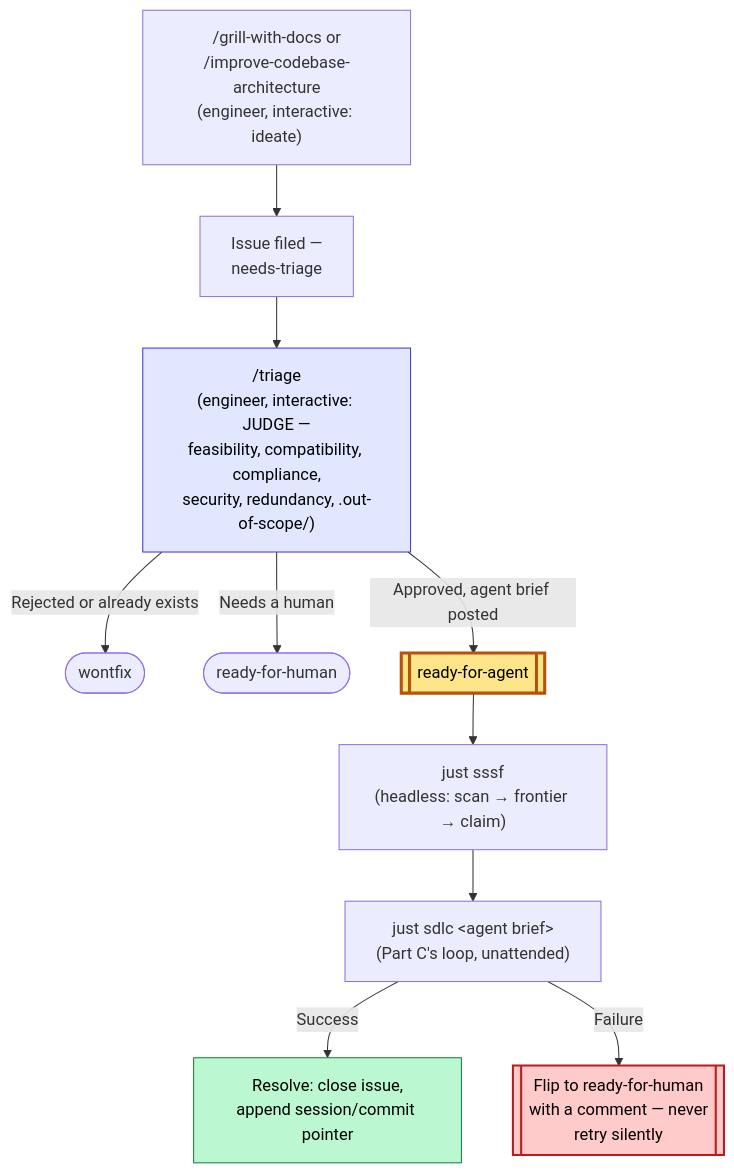
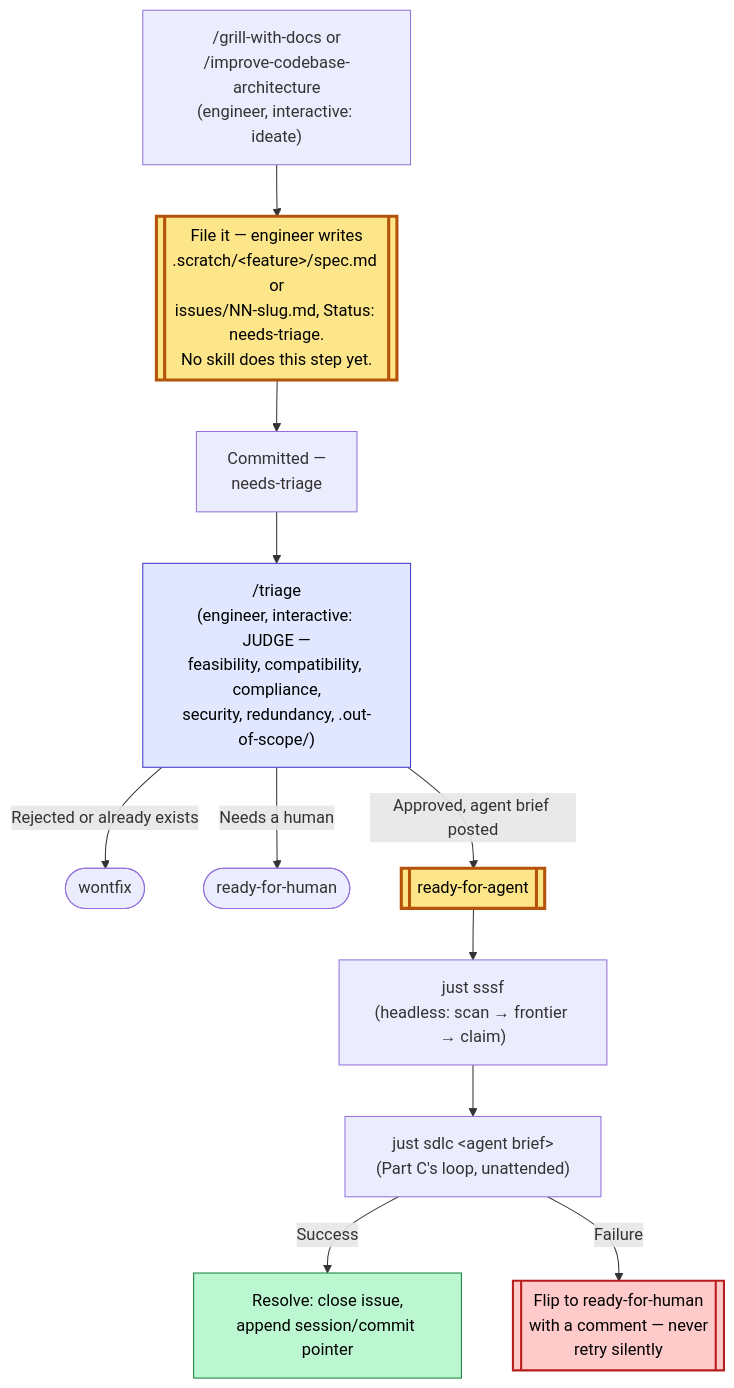
The seventh of 7 diagrams in docs/playbook-adopting-sssf.md (joystick/super-simple-software-factory), drawn with Mermaid before and after one commit. The commit also changed other lines of this file and 1 other file, not shown here.

First line of the commit message:
Name Part D's filing step: no skill writes the issue file yet

````diff
--- a/docs/playbook-adopting-sssf.md
+++ b/docs/playbook-adopting-sssf.md
@@ -563,17 +563,19 @@
 ```mermaid
 flowchart TD
-    Idea["/grill-with-docs or<br/>/improve-codebase-architecture<br/>(engineer, interactive: ideate)"] --> Filed[Issue filed —<br/>needs-triage]
+    Idea["/grill-with-docs or<br/>/improve-codebase-architecture<br/>(engineer, interactive: ideate)"] --> File[["File it — engineer writes<br/>.scratch/&lt;feature&gt;/spec.md or<br/>issues/NN-slug.md, Status: needs-triage.<br/>No skill does this step yet."]]
+    File --> Filed[Committed —<br/>needs-triage]
     Filed --> Triage["/triage<br/>(engineer, interactive: JUDGE —<br/>feasibility, compatibility, compliance,<br/>security, redundancy, .out-of-scope/)"]
     Triage -->|Rejected or already exists| Wontfix([wontfix])
     Triage -->|Needs a human| ReadyHuman([ready-for-human])
     Triage -->|Approved, agent brief posted| Ready[["ready-for-agent"]]
     Ready --> Watch["just sssf<br/>(headless: scan → frontier → claim)"]
     Watch --> Sdlc["just sdlc &lt;agent brief&gt;<br/>(Part C's loop, unattended)"]
     Sdlc -->|Success| Resolve[Resolve: close issue,<br/>append session/commit pointer]
     Sdlc -->|Failure| Flip[["Flip to ready-for-human<br/>with a comment — never<br/>retry silently"]]
 
+    style File fill:#fde68a,stroke:#b45309,stroke-width:3px,color:#000
     style Triage fill:#e0e7ff,stroke:#4338ca,color:#000
     style Ready fill:#fde68a,stroke:#b45309,stroke-width:3px,color:#000
     style Flip fill:#fecaca,stroke:#b91c1c,stroke-width:2px,color:#000
     style Resolve fill:#bbf7d0,stroke:#15803d,color:#000
 ```
````
